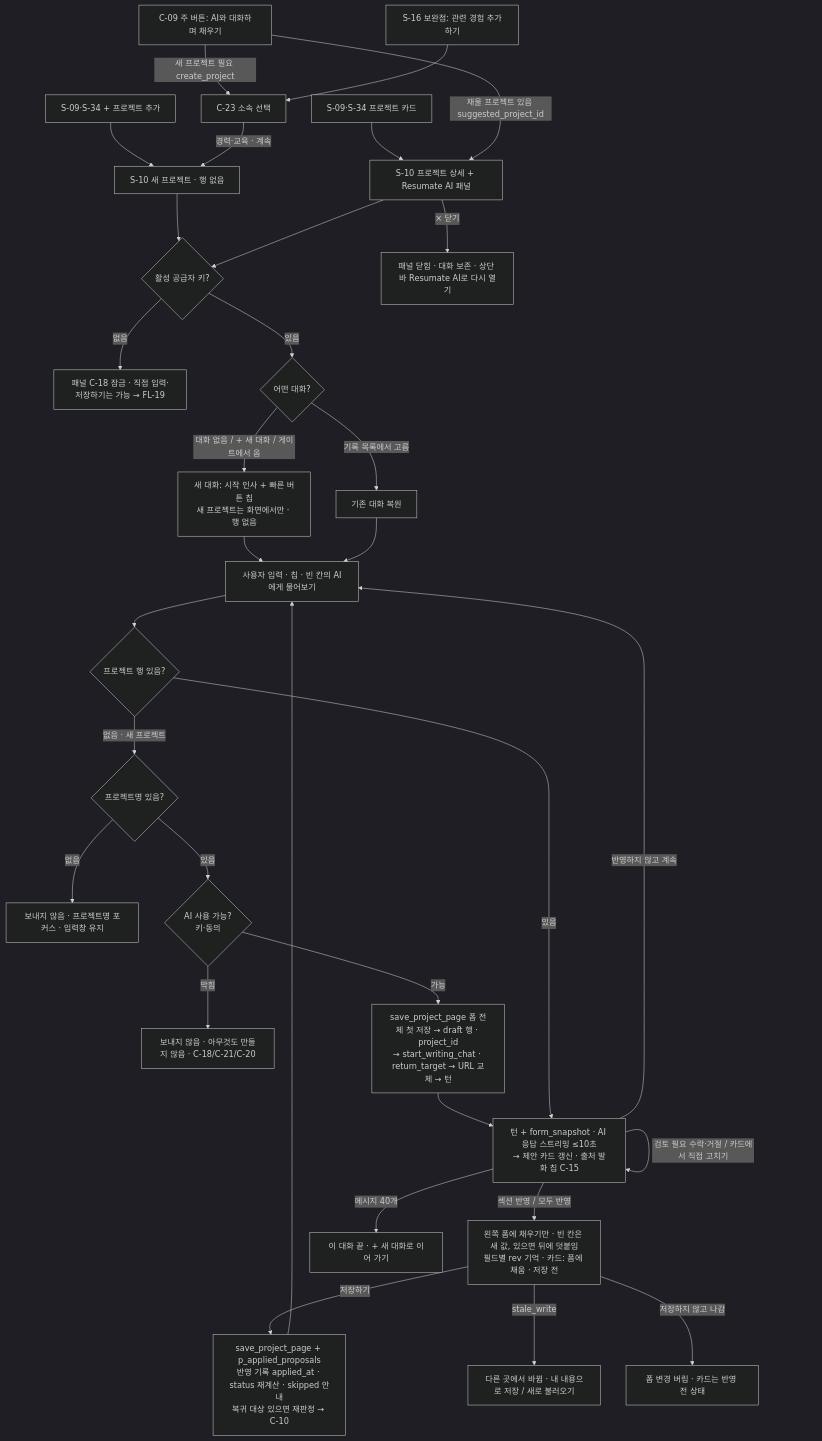
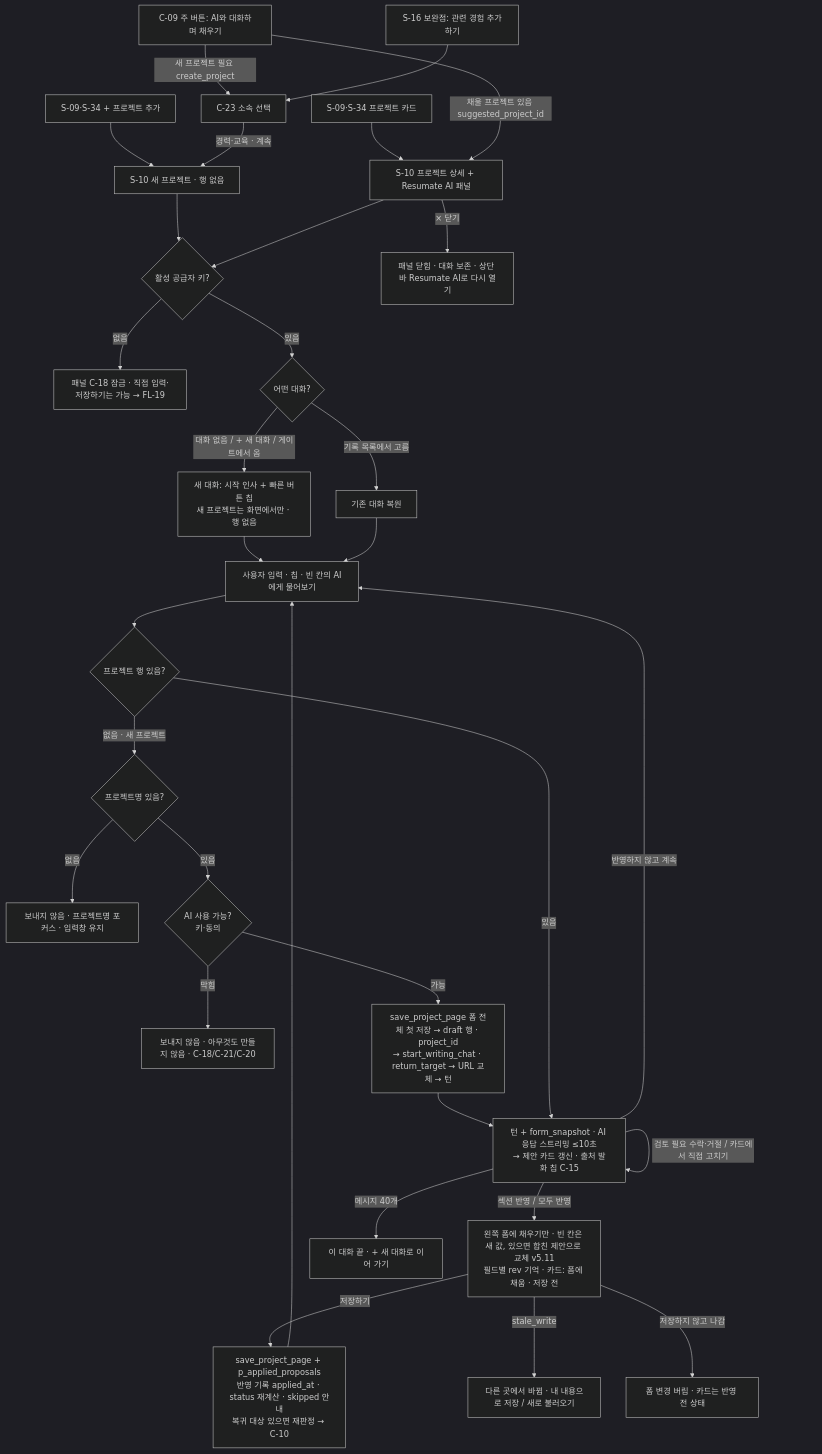
One commit to j-hyunn/resumate changed the fourth of 21 diagrams in docs/planning/02-user-flows.md. Above: the diagram before and after it, drawn with Mermaid (dark theme). The commit also changed other lines of this file and 44 other files, not shown here.

````diff
--- a/docs/planning/02-user-flows.md
+++ b/docs/planning/02-user-flows.md
@@ -328,34 +329,34 @@
 ```mermaid
 flowchart TD
   A1[S-09·S-34 + 프로젝트 추가] --> PN[S-10 새 프로젝트 · 행 없음]
   A2[S-09·S-34 프로젝트 카드] --> P
   A3[C-09 주 버튼: AI와 대화하며 채우기] -->|채울 프로젝트 있음 suggested_project_id| P
   A3 -->|새 프로젝트 필요 create_project| C23[C-23 소속 선택]
   A4[S-16 보완점: 관련 경험 추가하기] --> C23
   C23 -->|경력·교육 · 계속| PN
   PN --> K
   P[S-10 프로젝트 상세 + Resumate AI 패널] --> K{활성 공급자 키?}
   K -->|없음| LK[패널 C-18 잠금 · 직접 입력·저장하기는 가능 → FL-19]
   K -->|있음| H{어떤 대화?}
   H -->|대화 없음 / + 새 대화 / 게이트에서 옴| S[새 대화: 시작 인사 + 빠른 버튼 칩<br/>새 프로젝트는 화면에서만 · 행 없음]
   H -->|기록 목록에서 고름| R[기존 대화 복원]
   S --> Q[사용자 입력 · 칩 · 빈 칸의 AI에게 물어보기]
   R --> Q
   Q --> NP{프로젝트 행 있음?}
   NP -->|없음 · 새 프로젝트| NM{프로젝트명 있음?}
   NM -->|없음| NB[보내지 않음 · 프로젝트명 포커스 · 입력창 유지]
   NM -->|있음| AV{AI 사용 가능?<br/>키·동의}
   AV -->|막힘| NB2[보내지 않음 · 아무것도 만들지 않음 · C-18/C-21/C-20]
   AV -->|가능| CR[save_project_page 폼 전체 첫 저장 → draft 행 · project_id<br/>→ start_writing_chat · return_target → URL 교체 → 턴]
   CR --> U
   NP -->|있음| U[턴 + form_snapshot · AI 응답 스트리밍 ≤10초<br/>→ 제안 카드 갱신 · 출처 발화 칩 C-15]
-  U -->|섹션 반영 / 모두 반영| W[왼쪽 폼에 채우기만 · 빈 칸은 새 값, 있으면 뒤에 덧붙임<br/>필드별 rev 기억 · 카드: 폼에 채움 · 저장 전]
+  U -->|섹션 반영 / 모두 반영| W[왼쪽 폼에 채우기만 · 빈 칸은 새 값, 있으면 합친 제안으로 교체 v5.11<br/>필드별 rev 기억 · 카드: 폼에 채움 · 저장 전]
   W -->|저장하기| SV[save_project_page + p_applied_proposals<br/>반영 기록 applied_at · status 재계산 · skipped 안내<br/>복귀 대상 있으면 재판정 → C-10]
   W -->|stale_write| ST[다른 곳에서 바뀜 · 내 내용으로 저장 / 새로 불러오기]
   W -->|저장하지 않고 나감| DIS[폼 변경 버림 · 카드는 반영 전 상태]
   U -->|검토 필요 수락·거절 / 카드에서 직접 고치기| U
   U -->|반영하지 않고 계속| Q
   SV --> Q
   U -->|메시지 40개| NN[이 대화 끝 · + 새 대화로 이어 가기]
   P -->|× 닫기| CL[패널 닫힘 · 대화 보존 · 상단 바 Resumate AI로 다시 열기]
 ```
````
